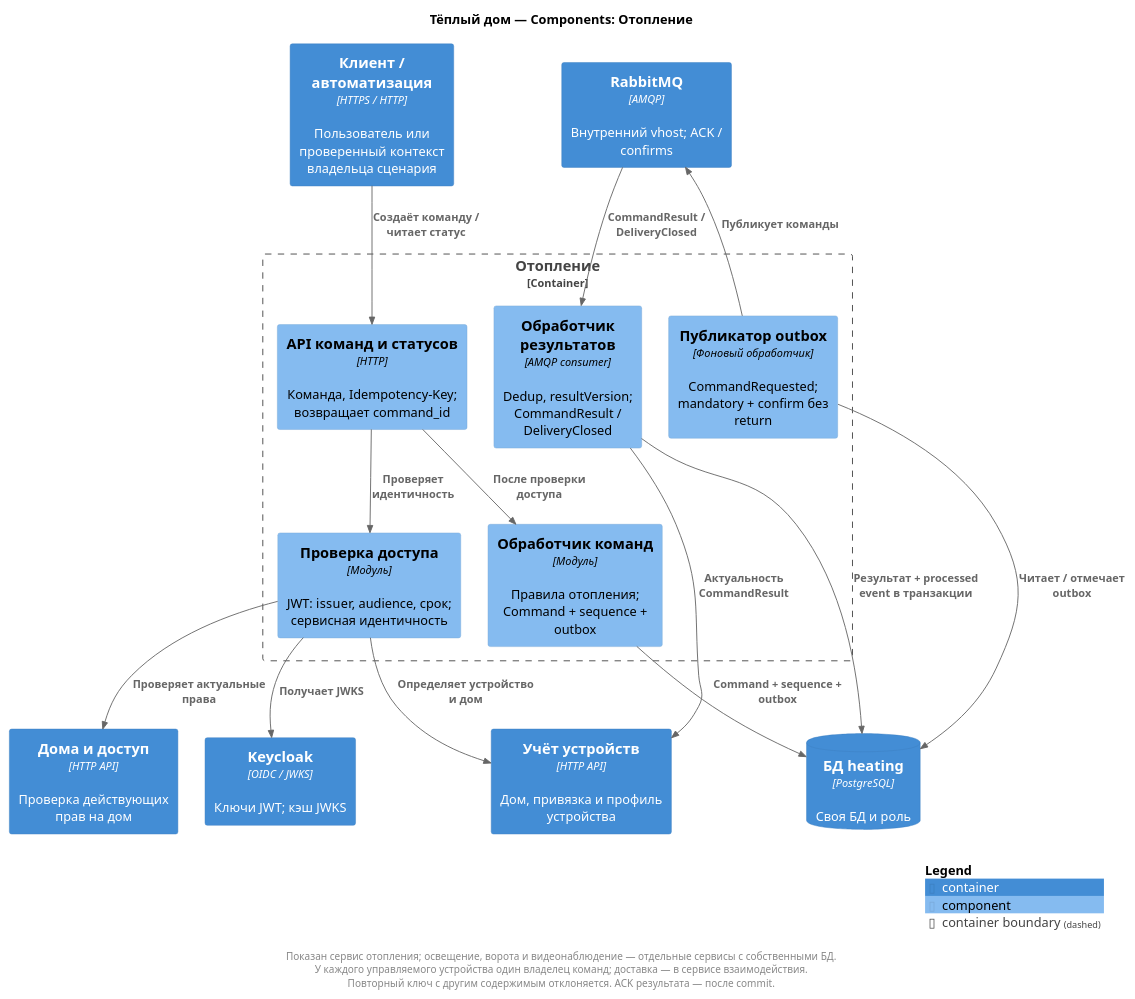
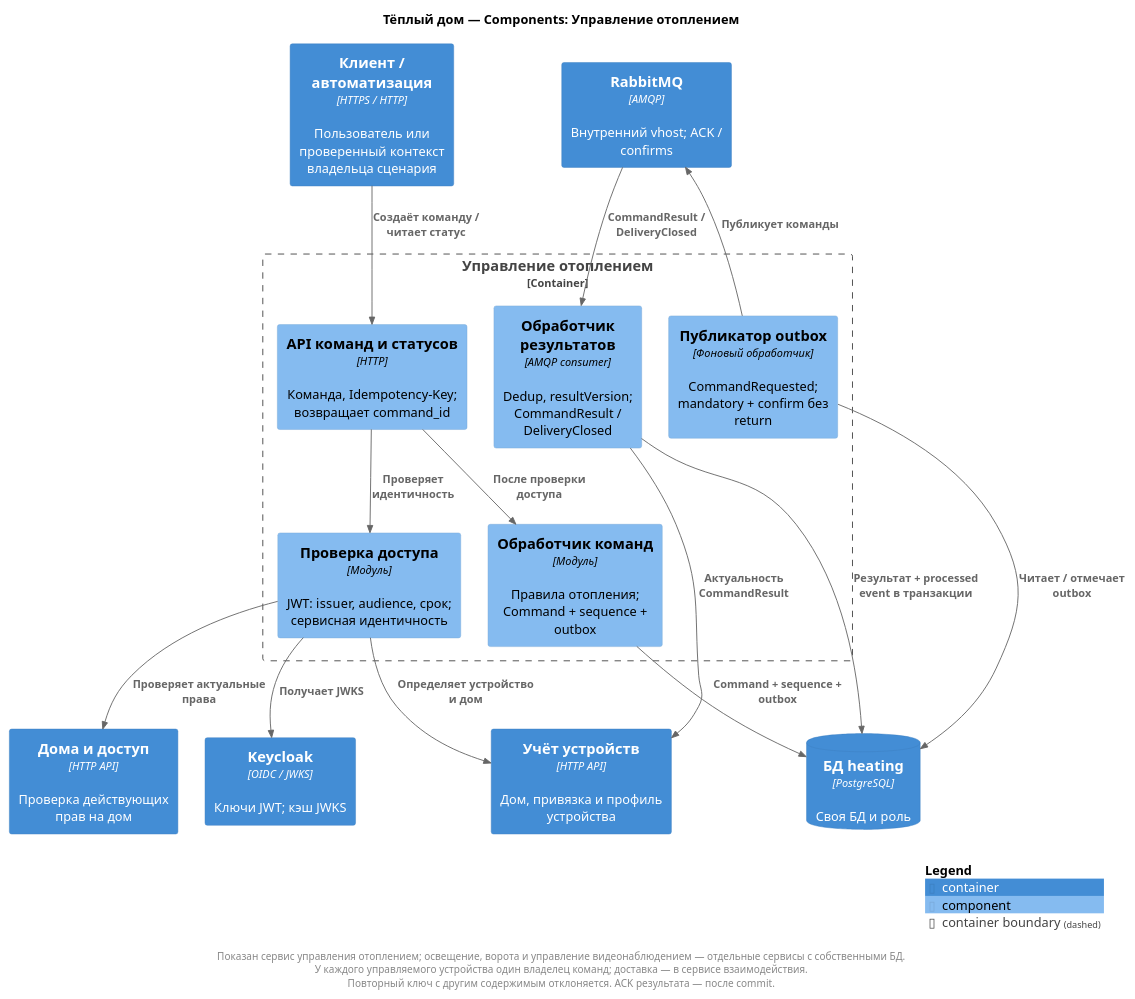
One commit to AndyMcFishka/architecture-pro-warmhouse changed the diagram in diagrams/components/control.puml. Above: the diagram before and after it, drawn with PlantUML. The commit also changed 11 other files, not shown here.

```diff
--- a/diagrams/components/control.puml
+++ b/diagrams/components/control.puml
@@ -1,41 +1,41 @@
 @startuml
 !include <C4/C4_Component>
-title Тёплый дом — Components: Отопление
+title Тёплый дом — Components: Управление отоплением
 LAYOUT_TOP_DOWN()
 skinparam nodesep 30
 skinparam ranksep 50
 
 Container(client, "Клиент / автоматизация", "HTTPS / HTTP", "Пользователь или проверенный контекст владельца сценария")
 Container(idp, "Keycloak", "OIDC / JWKS", "Ключи JWT; кэш JWKS")
 Container(access, "Дома и доступ", "HTTP API", "Проверка действующих прав на дом")
 Container(registry, "Учёт устройств", "HTTP API", "Дом, привязка и профиль устройства")
 Container(broker, "RabbitMQ", "AMQP", "Внутренний vhost; ACK / confirms")
-Container_Boundary(service, "Отопление") {
+Container_Boundary(service, "Управление отоплением") {
   Component(api, "API команд и статусов", "HTTP", "Команда, Idempotency-Key; возвращает command_id")
   Component(auth, "Проверка доступа", "Модуль", "JWT: issuer, audience, срок; сервисная идентичность")
   Component(commands, "Обработчик команд", "Модуль", "Правила отопления; Command + sequence + outbox")
   Component(results, "Обработчик результатов", "AMQP consumer", "Dedup, resultVersion; CommandResult / DeliveryClosed")
   Component(relay, "Публикатор outbox", "Фоновый обработчик", "CommandRequested; mandatory + confirm без return")
 }
 ContainerDb(db, "БД heating", "PostgreSQL", "Своя БД и роль")
 
 Rel(client, api, "Создаёт команду / читает статус")
 Rel(api, auth, "Проверяет идентичность")
 Rel(auth, idp, "Получает JWKS")
 Rel(auth, registry, "Определяет устройство и дом")
 Rel(auth, access, "Проверяет актуальные права")
 Rel(api, commands, "После проверки доступа")
 Rel(commands, db, "Command + sequence + outbox")
 Rel(relay, db, "Читает / отмечает outbox")
 Rel(relay, broker, "Публикует команды")
 Rel(broker, results, "CommandResult / DeliveryClosed")
 Rel(results, registry, "Актуальность CommandResult")
 Rel(results, db, "Результат + processed event в транзакции")
 footer
-Показан сервис отопления; освещение, ворота и видеонаблюдение — отдельные сервисы с собственными БД.
+Показан сервис управления отоплением; освещение, ворота и управление видеонаблюдением — отдельные сервисы с собственными БД.
 У каждого управляемого устройства один владелец команд; доставка — в сервисе взаимодействия.
 Повторный ключ с другим содержимым отклоняется. ACK результата — после commit.
 end footer
 skinparam footerFontSize 11
 SHOW_LEGEND()
 @enduml
```
